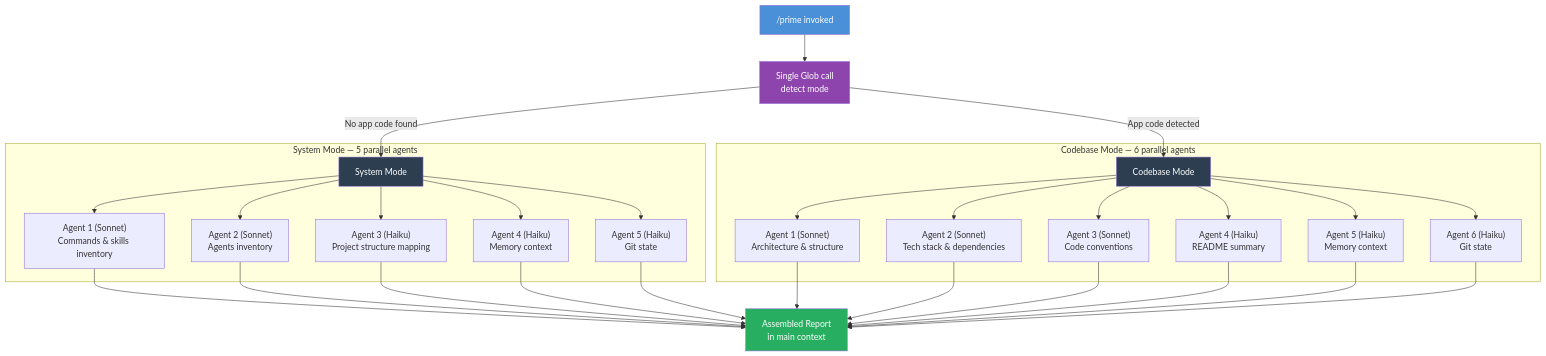
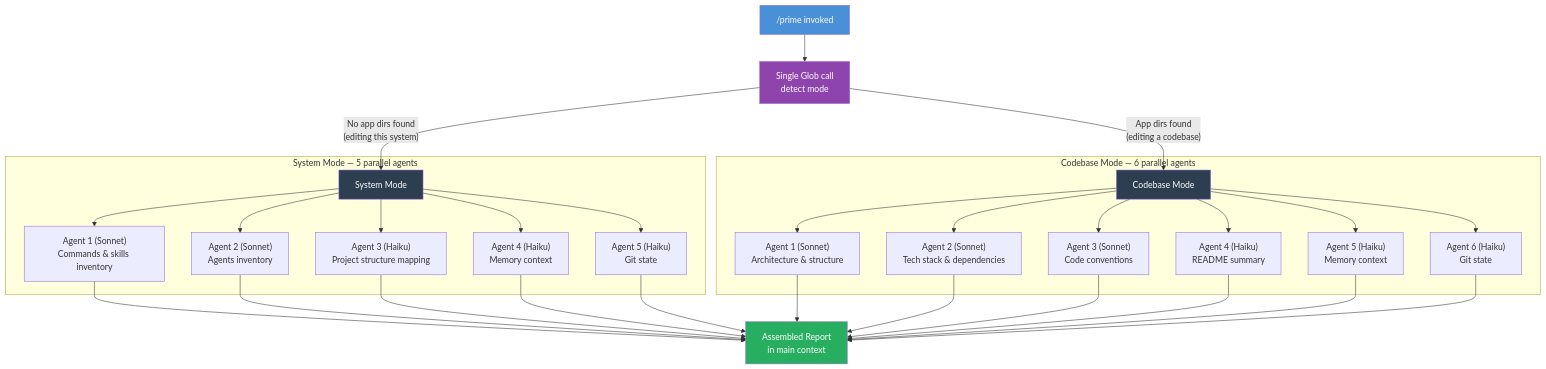
One commit to ryanjosebrosas/original-coding-system-claude changed the fifth of 11 diagrams in README.md. Above: the diagram before and after it, drawn with Mermaid. The commit also changed other lines of this file, not shown here.

Commit message:
docs(readme): clarify prime mode detection — system vs codebase

````diff
--- a/README.md
+++ b/README.md
@@ -222,33 +222,33 @@
 ```mermaid
 graph TD
     PRIME["/prime invoked"] --> DETECT["Single Glob call<br/>detect mode"]
 
-    DETECT -->|"No app code found"| SYS["System Mode"]
-    DETECT -->|"App code detected"| APP["Codebase Mode"]
+    DETECT -->|"No app dirs found<br/>(editing this system)"| SYS["System Mode"]
+    DETECT -->|"App dirs found<br/>(editing a codebase)"| APP["Codebase Mode"]
 
     subgraph "System Mode — 5 parallel agents"
         SYS --> S1["Agent 1 (Sonnet)<br/>Commands & skills inventory"]
         SYS --> S2["Agent 2 (Sonnet)<br/>Agents inventory"]
         SYS --> S3["Agent 3 (Haiku)<br/>Project structure mapping"]
         SYS --> S4["Agent 4 (Haiku)<br/>Memory context"]
         SYS --> S5["Agent 5 (Haiku)<br/>Git state"]
     end
 
     subgraph "Codebase Mode — 6 parallel agents"
         APP --> C1["Agent 1 (Sonnet)<br/>Architecture & structure"]
         APP --> C2["Agent 2 (Sonnet)<br/>Tech stack & dependencies"]
         APP --> C3["Agent 3 (Sonnet)<br/>Code conventions"]
         APP --> C4["Agent 4 (Haiku)<br/>README summary"]
         APP --> C5["Agent 5 (Haiku)<br/>Memory context"]
         APP --> C6["Agent 6 (Haiku)<br/>Git state"]
     end
 
     S1 & S2 & S3 & S4 & S5 --> REPORT["Assembled Report<br/>in main context"]
     C1 & C2 & C3 & C4 & C5 & C6 --> REPORT
 
     style PRIME fill:#4a90d9,color:#fff
     style DETECT fill:#8e44ad,color:#fff
     style SYS fill:#2c3e50,color:#fff
     style APP fill:#2c3e50,color:#fff
     style REPORT fill:#27ae60,color:#fff
 ```
````
